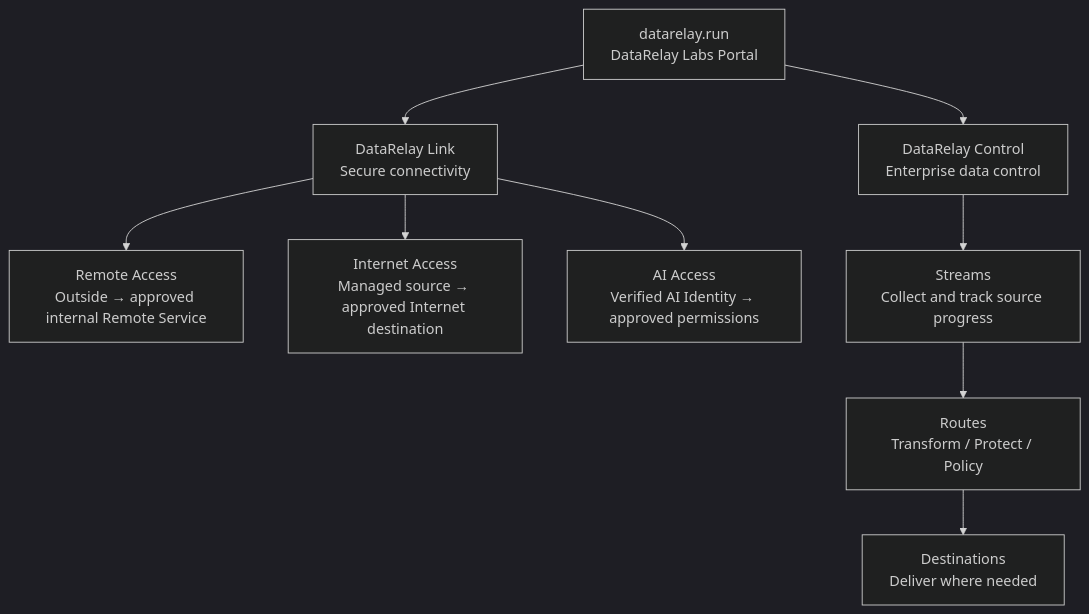
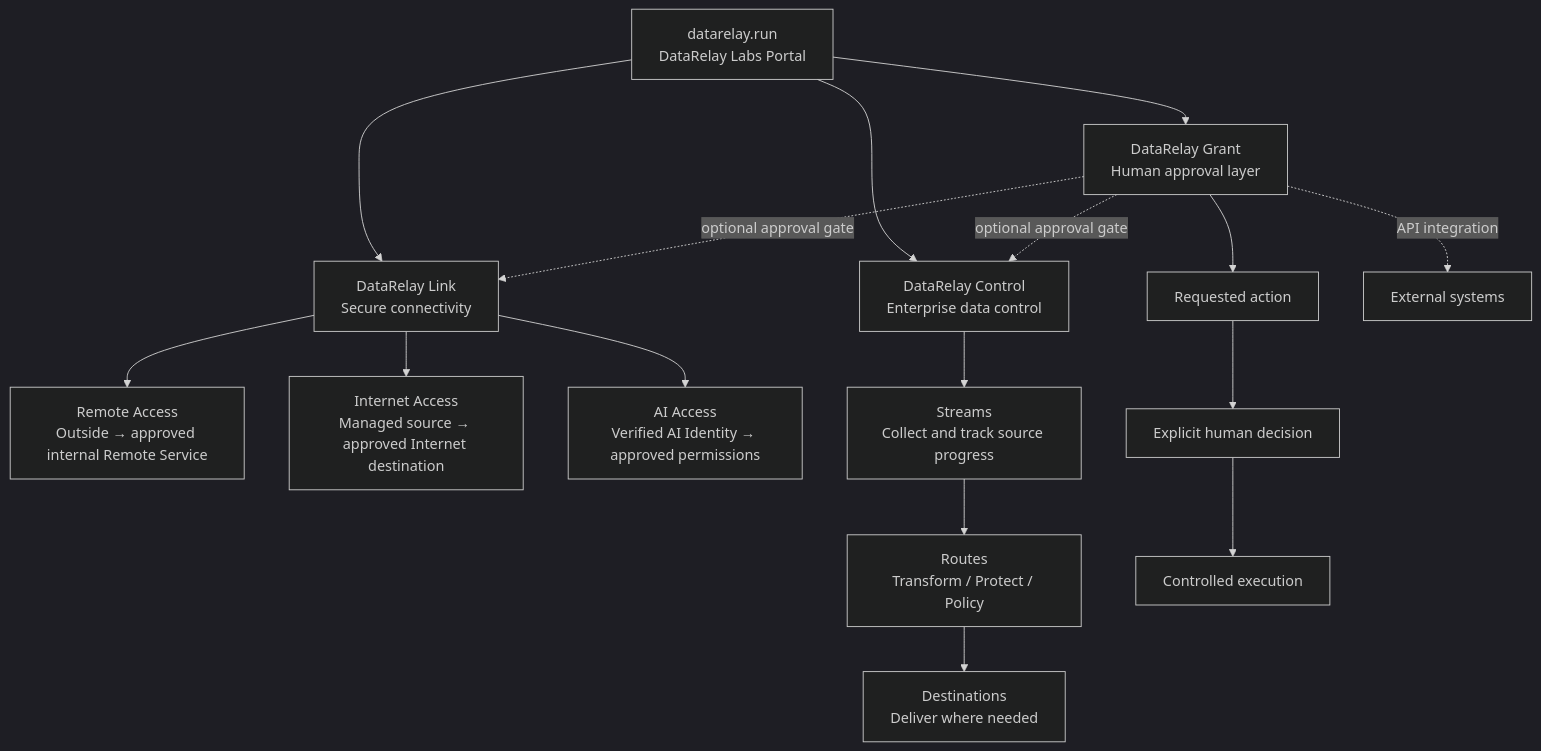
One commit to datarelay-labs/datarelay-docs changed the diagram in project-map.mdx. Above: the diagram before and after it, drawn with Mermaid (dark theme). The commit also changed other lines of this file, not shown here.

Commit message:
docs: add DataRelay Grant to product portfolio

````diff
--- a/project-map.mdx
+++ b/project-map.mdx
@@ -10,22 +10,34 @@
 ```mermaid
 flowchart TD
     P[datarelay.run\nDataRelay Labs Portal]
 
     L[DataRelay Link\nSecure connectivity]
     C[DataRelay Control\nEnterprise data control]
+    G[DataRelay Grant\nHuman approval layer]
 
     RA[Remote Access\nOutside → approved internal Remote Service]
     IA[Internet Access\nManaged source → approved Internet destination]
     AI[AI Access\nVerified AI Identity → approved permissions]
 
     ST[Streams\nCollect and track source progress]
     RT[Routes\nTransform / Protect / Policy]
     DS[Destinations\nDeliver where needed]
 
+    REQ[Requested action]
+    DEC[Explicit human decision]
+    EXE[Controlled execution]
+
     P --> L
     P --> C
+    P --> G
+
     L --> RA
     L --> IA
     L --> AI
     C --> ST --> RT --> DS
+    G --> REQ --> DEC --> EXE
+
+    G -. optional approval gate .-> L
+    G -. optional approval gate .-> C
+    G -. API integration .-> EXT[External systems]
 ```
````
